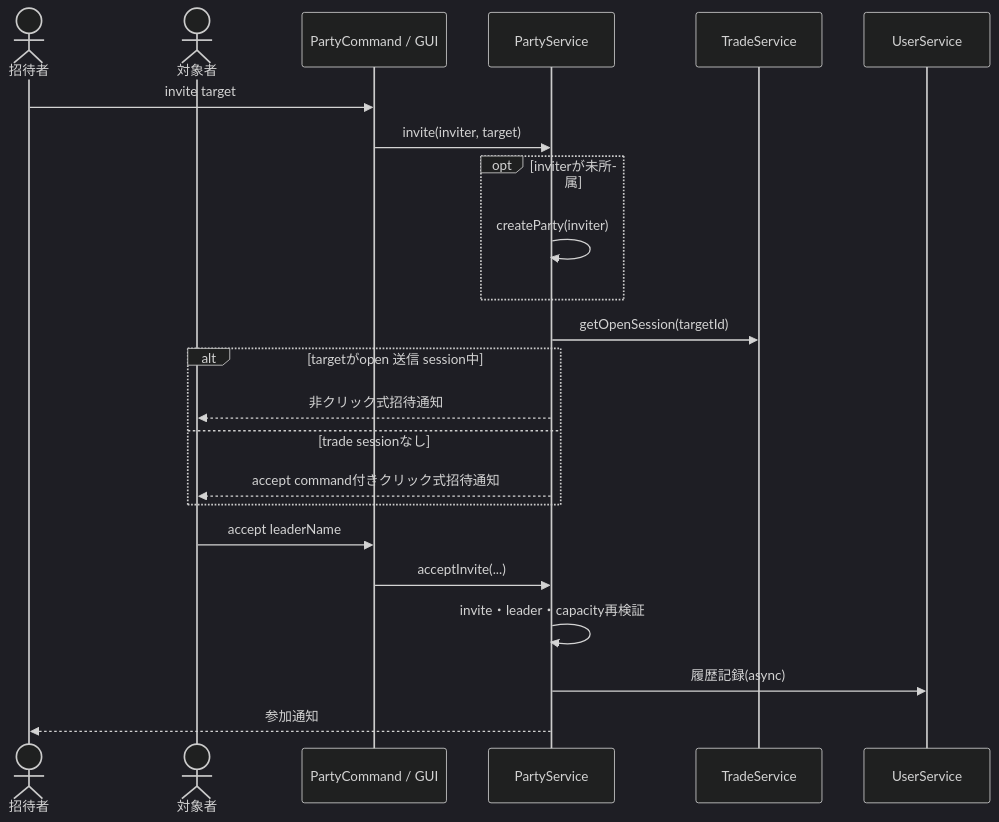
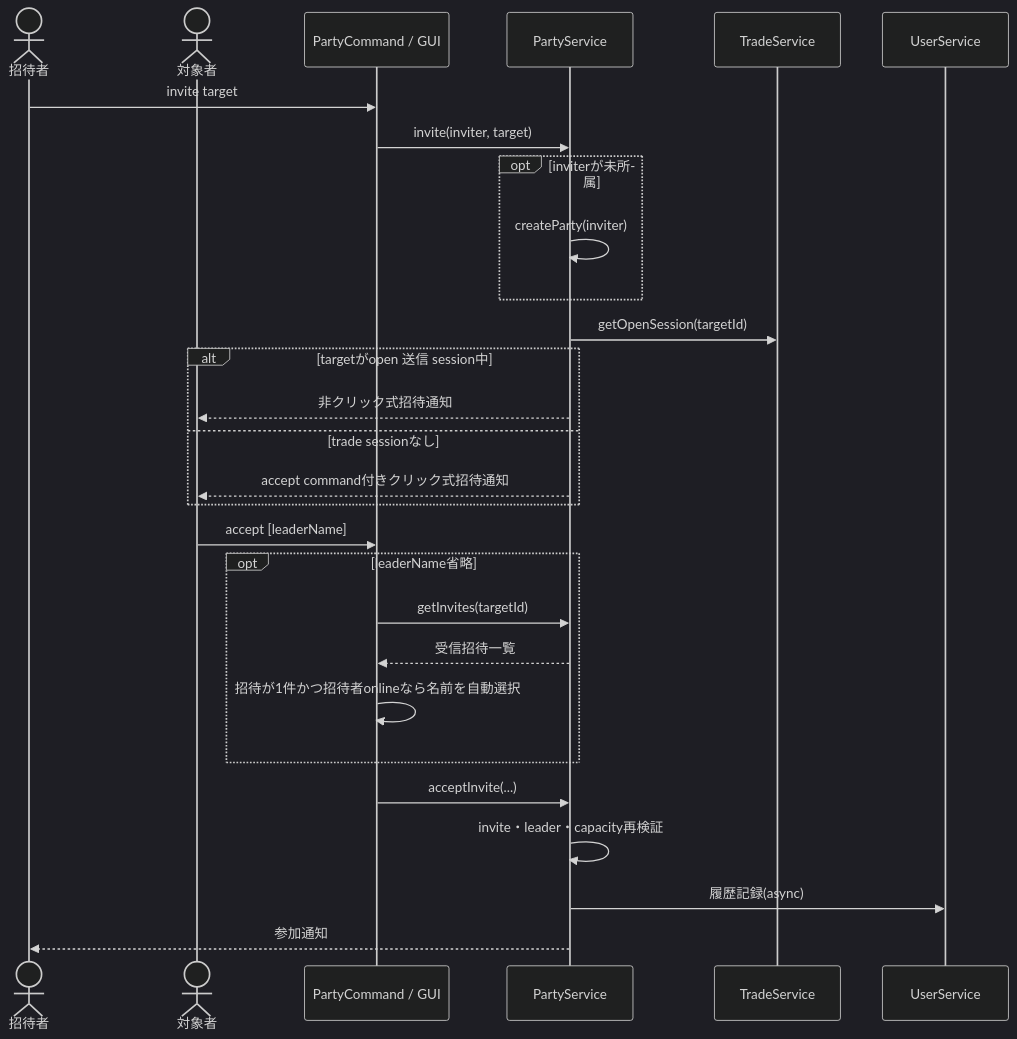
Before and after one commit to maaasu/AstralRecord-Workspace: the first of 7 diagrams in 00_docs/10_Plugin設計書/feature/19-party/19_4-統合フロー.md, drawn with Mermaid (dark theme). The commit also changed other lines of this file and 4 other files, not shown here.

````diff
--- a/00_docs/10_Plugin設計書/feature/19-party/19_4-統合フロー.md
+++ b/00_docs/10_Plugin設計書/feature/19-party/19_4-統合フロー.md
@@ -7,25 +7,30 @@
 ```mermaid
 sequenceDiagram
     actor Leader as 招待者
     actor Target as 対象者
     participant Command as PartyCommand / GUI
     participant Party as PartyService
     participant Trade as TradeService
     participant User as UserService
     Leader->>Command: invite target
     Command->>Party: invite(inviter, target)
     opt inviterが未所属
         Party->>Party: createParty(inviter)
     end
     Party->>Trade: getOpenSession(targetId)
     alt targetがopen 送信 session中
         Party-->>Target: 非クリック式招待通知
     else trade sessionなし
         Party-->>Target: accept command付きクリック式招待通知
     end
-    Target->>Command: accept leaderName
+    Target->>Command: accept [leaderName]
+    opt leaderName省略
+        Command->>Party: getInvites(targetId)
+        Party-->>Command: 受信招待一覧
+        Command->>Command: 招待が1件かつ招待者onlineなら名前を自動選択
+    end
     Command->>Party: acceptInvite(...)
     Party->>Party: invite・leader・capacity再検証
     Party->>User: 履歴記録(async)
     Party-->>Leader: 参加通知
 ```
````
